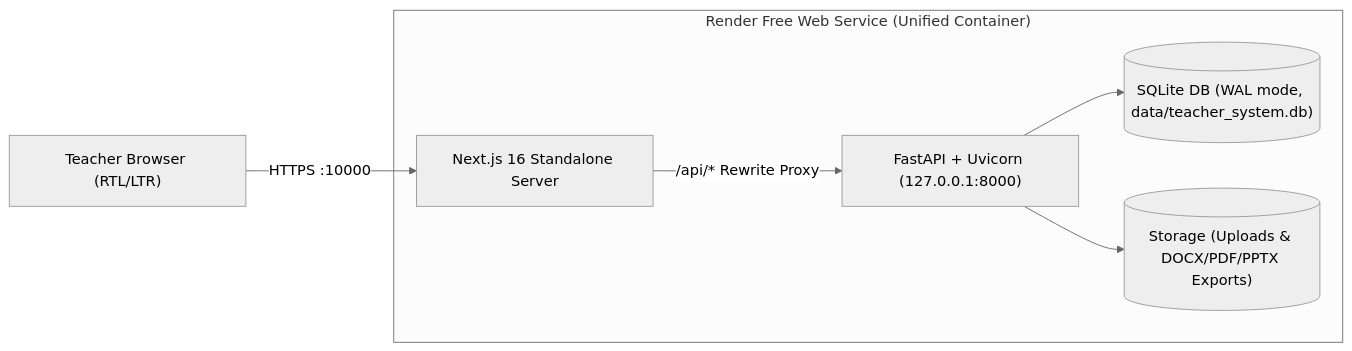
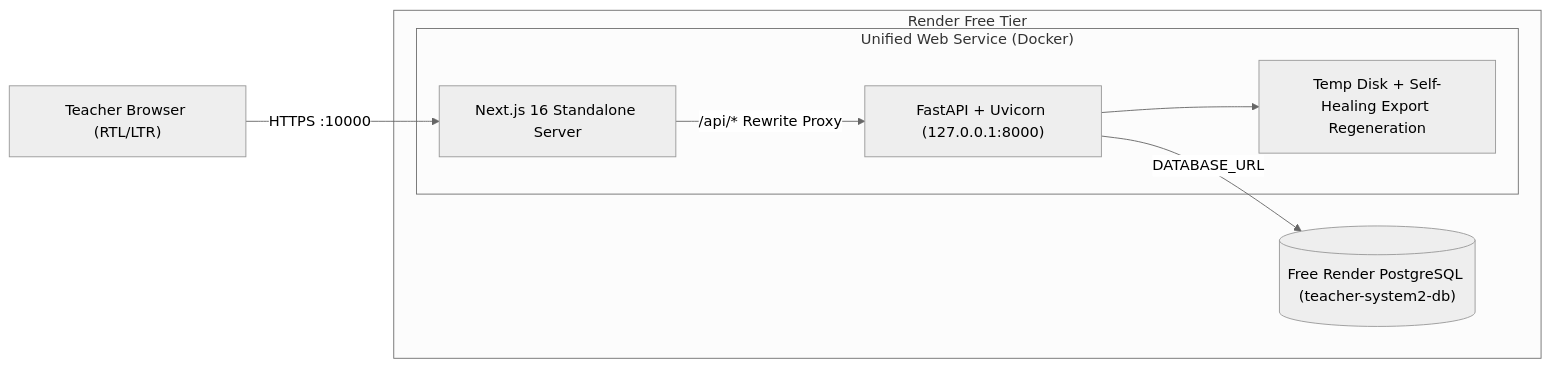
Before and after one commit to mahdiking999/teacher-system2: the diagram in handoff/GO_LIVE_PLAN.md, drawn with Mermaid (neutral theme). The commit also changed other lines of this file and 7 other files, not shown here.

Commit message:
Upgrade Render deployment to persistent Free PostgreSQL and self-healing export downloads

````diff
--- a/handoff/GO_LIVE_PLAN.md
+++ b/handoff/GO_LIVE_PLAN.md
@@ -33,9 +18,11 @@
 ```mermaid
 flowchart LR
     User["Teacher Browser (RTL/LTR)"] -->|HTTPS :10000| Next["Next.js 16 Standalone Server"]
-    subgraph Render["Render Free Web Service (Unified Container)"]
-        Next -->|/api/* Rewrite Proxy| FastAPI["FastAPI + Uvicorn (127.0.0.1:8000)"]
-        FastAPI --> SQLite[("SQLite DB (WAL mode, data/teacher_system.db)")]
-        FastAPI --> Storage[("Storage (Uploads & DOCX/PDF/PPTX Exports)")]
+    subgraph Render["Render Free Tier"]
+        subgraph Web["Unified Web Service (Docker)"]
+            Next -->|/api/* Rewrite Proxy| FastAPI["FastAPI + Uvicorn (127.0.0.1:8000)"]
+            FastAPI --> Storage["Temp Disk + Self-Healing Export Regeneration"]
+        end
+        FastAPI -->|DATABASE_URL| PG[("Free Render PostgreSQL (teacher-system2-db)")]
     end
 ```
````
